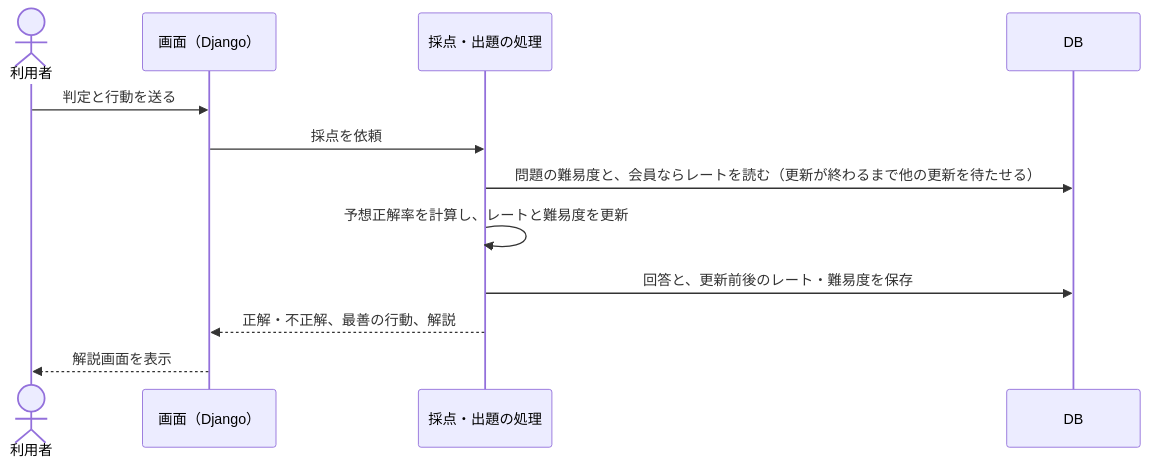
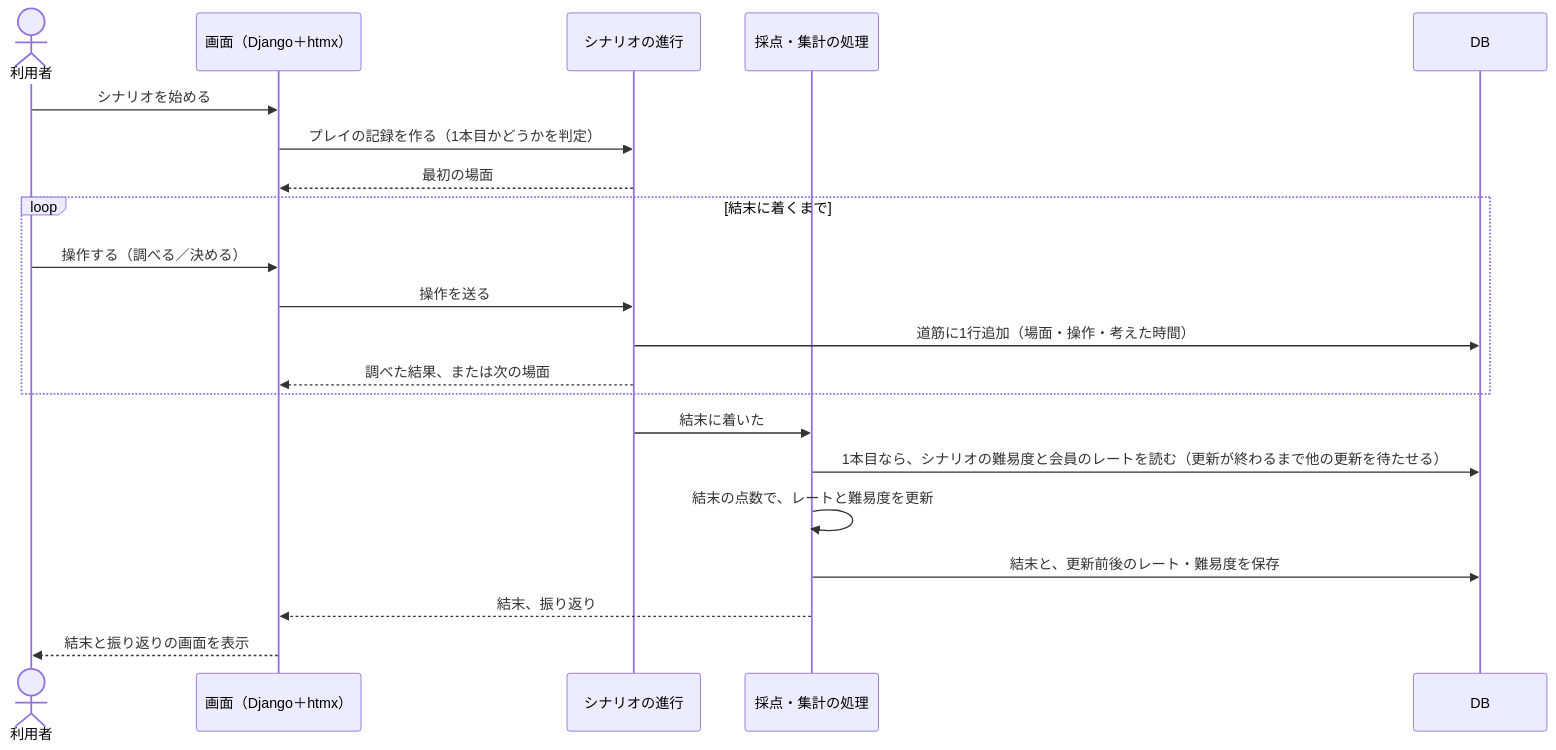
The third of 5 diagrams in docs/requirements.md (Atelier2006/graduation-project), drawn with Mermaid before and after one commit. The commit also changed other lines of this file and 3 other files, not shown here.

````diff
--- a/docs/requirements.md
+++ b/docs/requirements.md
@@ -550,14 +705,23 @@
 ```mermaid
 sequenceDiagram
     actor U as 利用者
-    participant V as 画面（Django）
-    participant R as 採点・出題の処理
+    participant V as 画面（Django＋htmx）
+    participant E as シナリオの進行
+    participant R as 採点・集計の処理
     participant DB as DB
-    U->>V: 判定と行動を送る
-    V->>R: 採点を依頼
-    R->>DB: 問題の難易度と、会員ならレートを読む（更新が終わるまで他の更新を待たせる）
-    R->>R: 予想正解率を計算し、レートと難易度を更新
-    R->>DB: 回答と、更新前後のレート・難易度を保存
-    R-->>V: 正解・不正解、最善の行動、解説
-    V-->>U: 解説画面を表示
+    U->>V: シナリオを始める
+    V->>E: プレイの記録を作る（1本目かどうかを判定）
+    E-->>V: 最初の場面
+    loop 結末に着くまで
+        U->>V: 操作する（調べる／決める）
+        V->>E: 操作を送る
+        E->>DB: 道筋に1行追加（場面・操作・考えた時間）
+        E-->>V: 調べた結果、または次の場面
+    end
+    E->>R: 結末に着いた
+    R->>DB: 1本目なら、シナリオの難易度と会員のレートを読む（更新が終わるまで他の更新を待たせる）
+    R->>R: 結末の点数で、レートと難易度を更新
+    R->>DB: 結末と、更新前後のレート・難易度を保存
+    R-->>V: 結末、振り返り
+    V-->>U: 結末と振り返りの画面を表示
 ```
````
